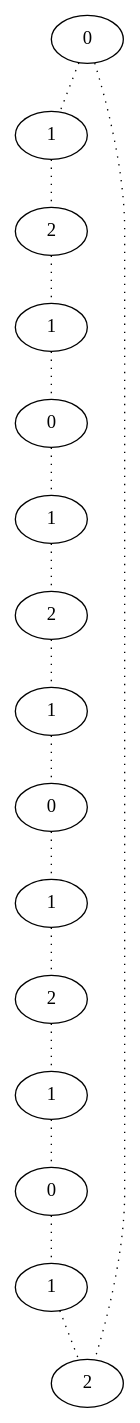
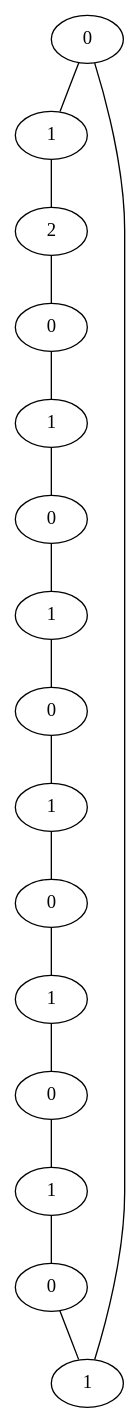
One commit to d1laj/Stage-M2 changed the diagram in TestPathsfactorised/result/dot/cycle_15_3_tc.dot. Above: the diagram before and after it, drawn with Graphviz. The commit also changed 4248 other files, not shown here.

```diff
--- a/TestPathsfactorised/result/dot/cycle_15_3_tc.dot
+++ b/TestPathsfactorised/result/dot/cycle_15_3_tc.dot
@@ -1,32 +1,32 @@
 graph {
 a0[label=0];
 a1[label=1];
 a2[label=2];
-a3[label=1];
-a4[label=0];
-a5[label=1];
-a6[label=2];
-a7[label=1];
-a8[label=0];
-a9[label=1];
-a10[label=2];
-a11[label=1];
-a12[label=0];
-a13[label=1];
-a14[label=2];
-a0 -- a1 [style=dotted];
-a0 -- a14 [style=dotted];
-a1 -- a2 [style=dotted];
-a2 -- a3 [style=dotted];
-a3 -- a4 [style=dotted];
-a4 -- a5 [style=dotted];
-a5 -- a6 [style=dotted];
-a6 -- a7 [style=dotted];
-a7 -- a8 [style=dotted];
-a8 -- a9 [style=dotted];
-a9 -- a10 [style=dotted];
-a10 -- a11 [style=dotted];
-a11 -- a12 [style=dotted];
-a12 -- a13 [style=dotted];
-a13 -- a14 [style=dotted];
+a3[label=0];
+a4[label=1];
+a5[label=0];
+a6[label=1];
+a7[label=0];
+a8[label=1];
+a9[label=0];
+a10[label=1];
+a11[label=0];
+a12[label=1];
+a13[label=0];
+a14[label=1];
+a0 -- a1;
+a0 -- a14;
+a1 -- a2;
+a2 -- a3;
+a3 -- a4;
+a4 -- a5;
+a5 -- a6;
+a6 -- a7;
+a7 -- a8;
+a8 -- a9;
+a9 -- a10;
+a10 -- a11;
+a11 -- a12;
+a12 -- a13;
+a13 -- a14;
 }
```
